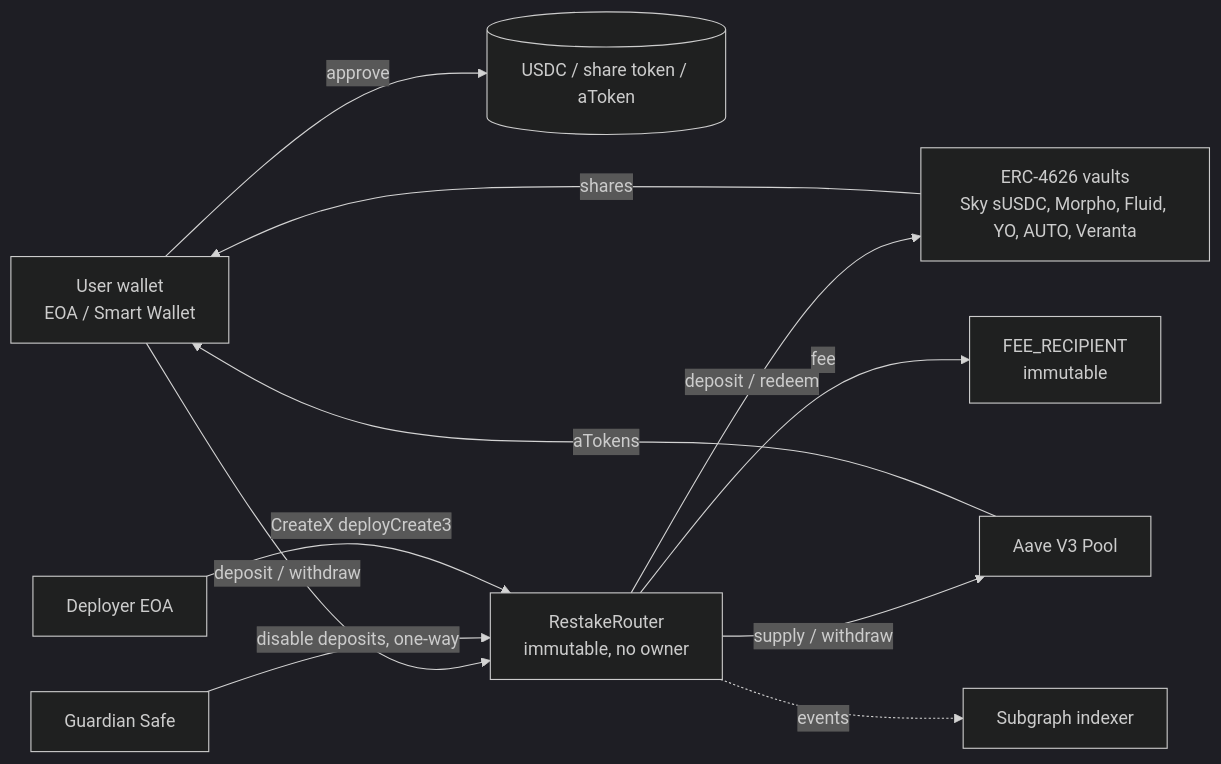
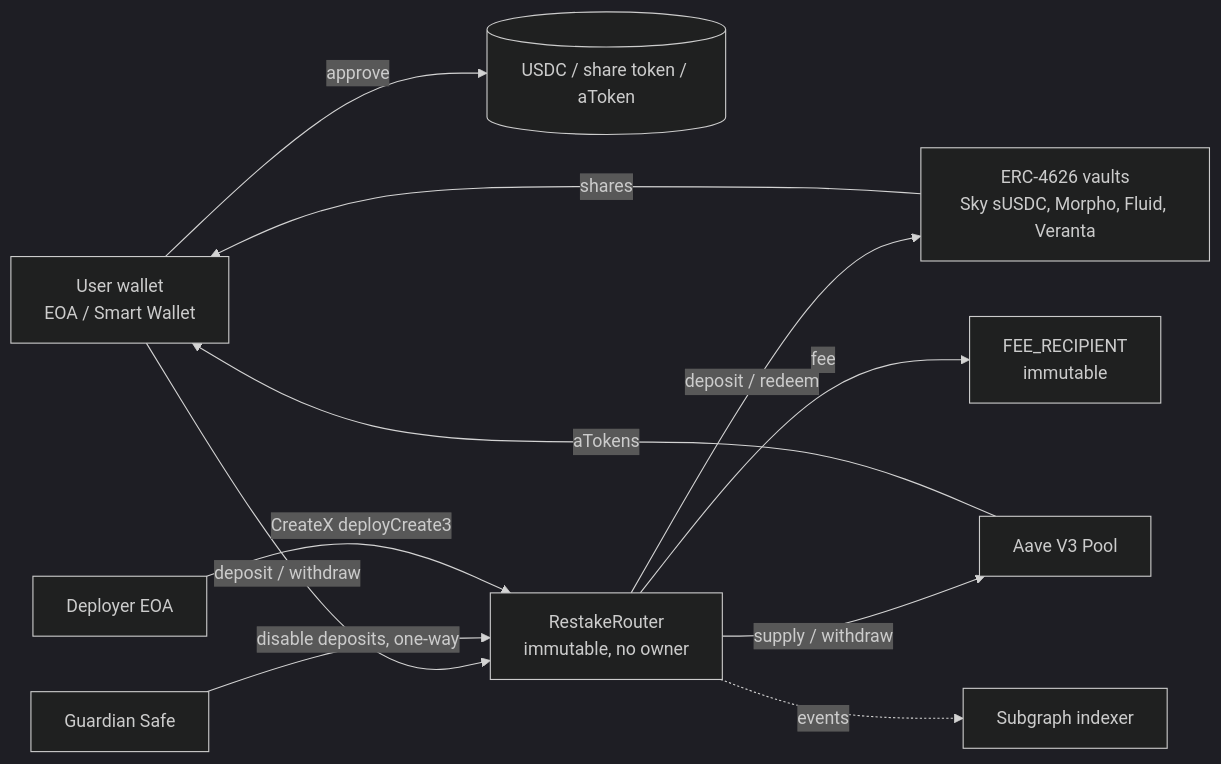
One commit to unodev-core/restake-router-defi changed the first of 3 diagrams in docs/architecture-v1.0.md. Above: the diagram before and after it, drawn with Mermaid (dark theme). The commit also changed other lines of this file and 14 other files, not shown here.

````diff
--- a/docs/architecture-v1.0.md
+++ b/docs/architecture-v1.0.md
@@ -73,13 +71,13 @@
 ```mermaid
 flowchart LR
     U[User wallet<br/>EOA / Smart Wallet] -- approve --> T[(USDC / share token / aToken)]
     U -- deposit / withdraw --> R[RestakeRouter<br/>immutable, no owner]
     R -- fee --> F[FEE_RECIPIENT<br/>immutable]
-    R -- deposit / redeem --> V[ERC-4626 vaults<br/>Sky sUSDC, Morpho, Fluid, YO, AUTO, Veranta]
+    R -- deposit / redeem --> V[ERC-4626 vaults<br/>Sky sUSDC, Morpho, Fluid, Veranta]
     R -- supply / withdraw --> A[Aave V3 Pool]
     V -- shares --> U
     A -- aTokens --> U
     R -. events .-> G[Subgraph indexer]
     GD[Guardian Safe] -- disable deposits, one-way --> R
     D[Deployer EOA] -- CreateX deployCreate3 --> R
 ```
````
